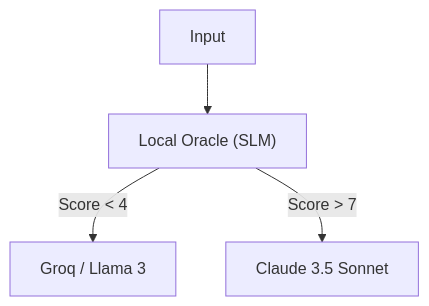
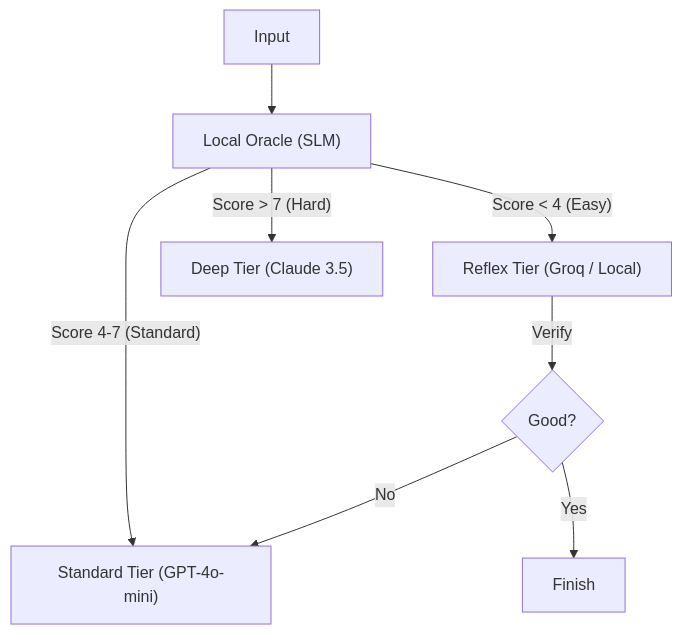
Before and after one commit to Vleonone/Opensage: the diagram in README.md, drawn with Mermaid. The commit also changed other lines of this file, not shown here.

````diff
--- a/README.md
+++ b/README.md
@@ -82,6 +90,11 @@
 ```mermaid
 graph TD
     User["Input"] --> Oracle["Local Oracle (SLM)"]
-    Oracle -->|"Score < 4"| Tier1["Groq / Llama 3"]
-    Oracle -->|"Score > 7"| Tier3["Claude 3.5 Sonnet"]
+    Oracle -->|"Score < 4 (Easy)"| Tier1["Reflex Tier (Groq / Local)"]
+    Oracle -->|"Score 4-7 (Standard)"| Tier2["Standard Tier (GPT-4o-mini)"]
+    Oracle -->|"Score > 7 (Hard)"| Tier3["Deep Tier (Claude 3.5)"]
+    
+    Tier1 -->|Verify| Success{Good?}
+    Success -->|No| Tier2
+    Success -->|Yes| Finish
 ```
````
